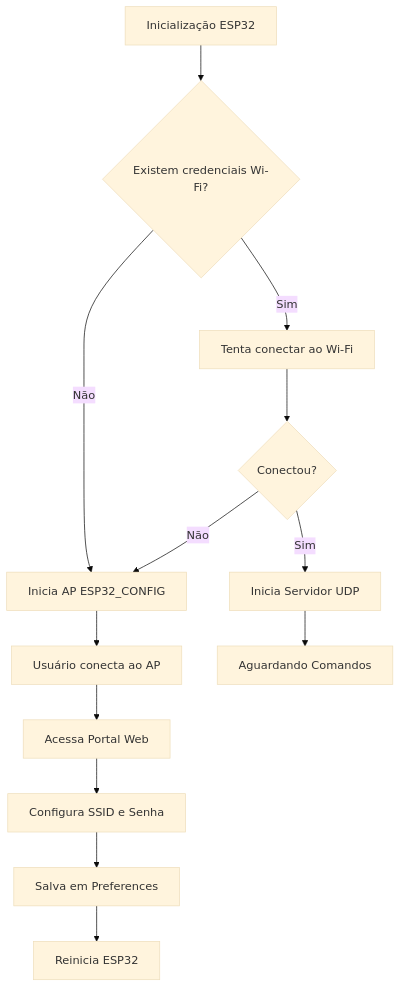
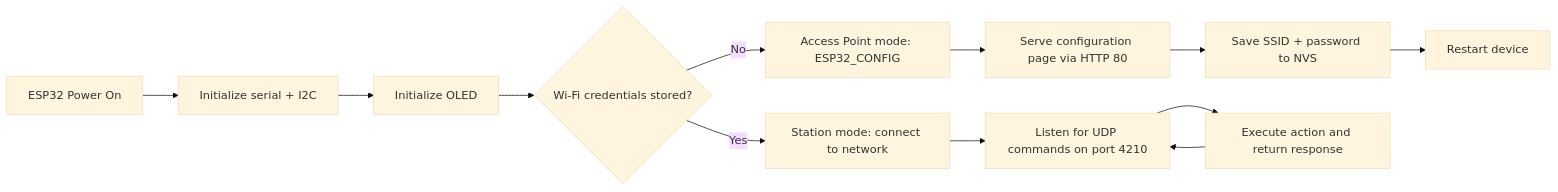
The third of 7 diagrams in README.md (paulocfmarques-collab/esp32_wifi), drawn with Mermaid (base theme) before and after one commit. The commit also changed other lines of this file, not shown here.

Commit message:
Professional README refresh with architecture, hardware schematic, data flow, and command reference

````diff
--- a/README.md
+++ b/README.md
@@ -103,20 +138,14 @@
 ```mermaid
-flowchart TD
-
-A[Inicialização ESP32] --> B{Existem credenciais Wi-Fi?}
-
-B -->|Não| C[Inicia AP ESP32_CONFIG]
-C --> D[Usuário conecta ao AP]
-D --> E[Acessa Portal Web]
-E --> F[Configura SSID e Senha]
-F --> G[Salva em Preferences]
-G --> H[Reinicia ESP32]
-
-B -->|Sim| I[Tenta conectar ao Wi-Fi]
-I --> J{Conectou?}
-
-J -->|Sim| K[Inicia Servidor UDP]
-J -->|Não| C
-
-K --> L[Aguardando Comandos]
+flowchart LR
+    A[ESP32 Power On] --> B[Initialize serial + I2C]
+    B --> C[Initialize OLED]
+    C --> D{Wi-Fi credentials stored?}
+    D -->|No| E[Access Point mode: ESP32_CONFIG]
+    D -->|Yes| F[Station mode: connect to network]
+    E --> G[Serve configuration page via HTTP 80]
+    F --> H[Listen for UDP commands on port 4210]
+    G --> I[Save SSID + password to NVS]
+    I --> J[Restart device]
+    H --> K[Execute action and return response]
+    K --> H
 ```
````
